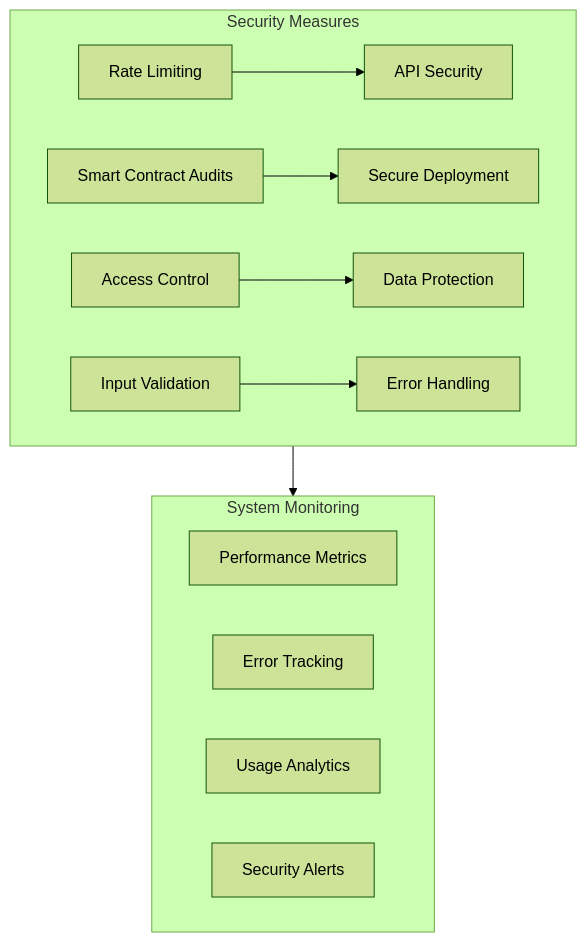
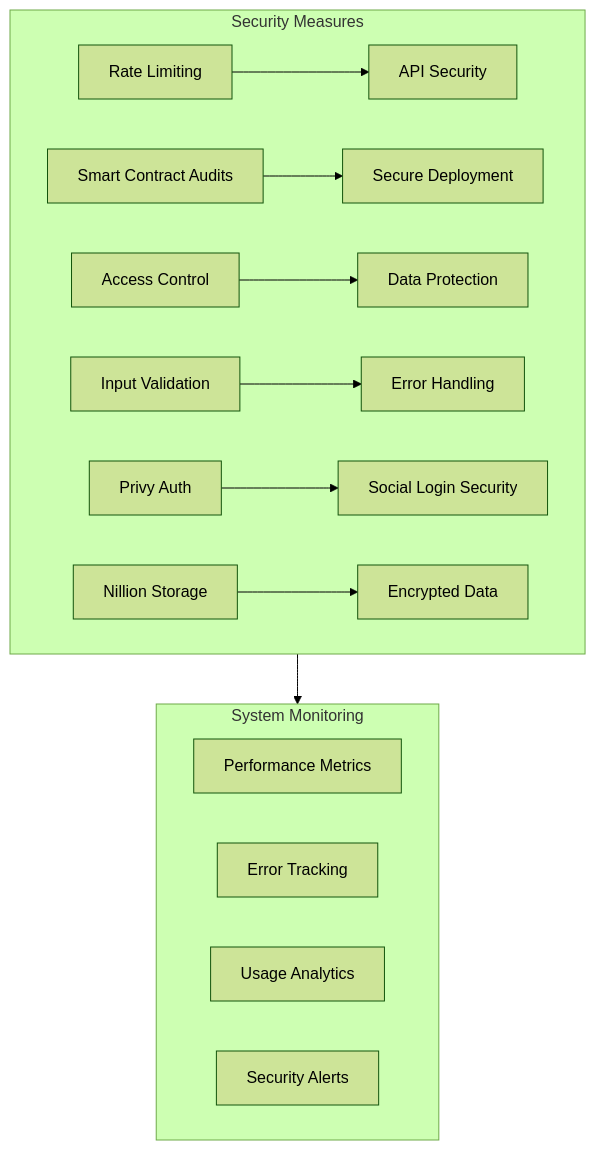
The seventh of 8 diagrams in ARCHITECTURE.md (JulioMCruz/Infinity), drawn with Mermaid (forest theme) before and after one commit. The commit also changed other lines of this file and 3 other files, not shown here.

````diff
--- a/ARCHITECTURE.md
+++ b/ARCHITECTURE.md
@@ -167,18 +202,20 @@
 ```mermaid
 graph TD
     subgraph Security["Security Measures"]
         A[Rate Limiting] --> B[API Security]
         C[Smart Contract Audits] --> D[Secure Deployment]
         E[Access Control] --> F[Data Protection]
         G[Input Validation] --> H[Error Handling]
+        I[Privy Auth] --> J[Social Login Security]
+        K[Nillion Storage] --> L[Encrypted Data]
     end
 
     subgraph Monitoring["System Monitoring"]
-        I[Performance Metrics]
-        J[Error Tracking]
-        K[Usage Analytics]
-        L[Security Alerts]
+        M[Performance Metrics]
+        N[Error Tracking]
+        O[Usage Analytics]
+        P[Security Alerts]
     end
 
     Security --> Monitoring
 ```
````
